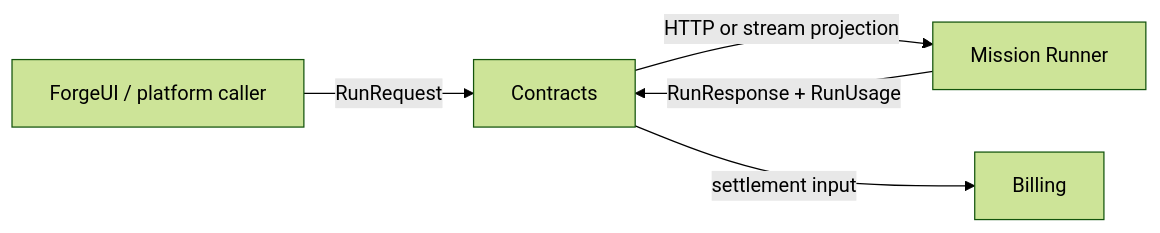
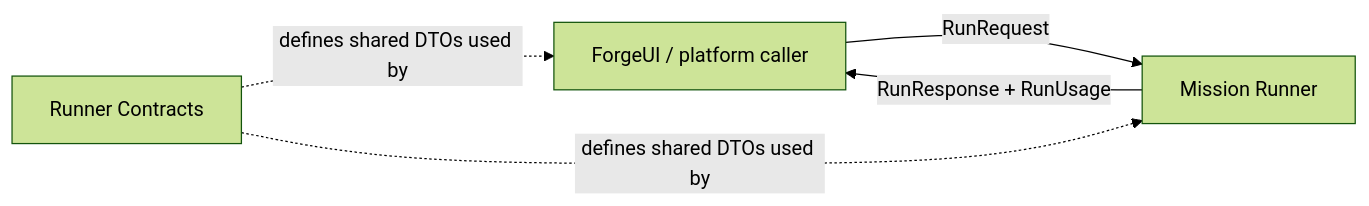
One commit to katasec/mission-control-language changed the diagram in src/ForgeMission.Runner.Contracts/README.md. Above: the diagram before and after it, drawn with Mermaid (forest theme). The commit also changed 1 other file, not shown here.

Commit message:
docs: correct component diagram boundaries

````diff
--- a/src/ForgeMission.Runner.Contracts/README.md
+++ b/src/ForgeMission.Runner.Contracts/README.md
@@ -42,7 +42,7 @@
 ```mermaid
 flowchart LR
-  UI[ForgeUI / platform caller] -->|RunRequest| Contracts
-  Contracts -->|HTTP or stream projection| Runner[Mission Runner]
-  Runner -->|RunResponse + RunUsage| Contracts
-  Contracts -->|settlement input| Billing[Billing]
+  Caller[ForgeUI / platform caller] -->|RunRequest| Runner[Mission Runner]
+  Runner -->|RunResponse + RunUsage| Caller
+  Contracts[Runner Contracts] -.defines shared DTOs used by.-> Caller
+  Contracts -.defines shared DTOs used by.-> Runner
 ```
````
